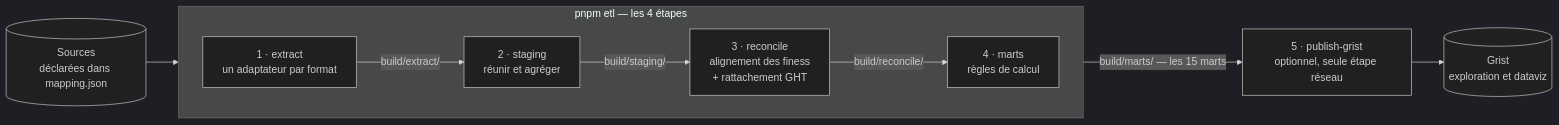
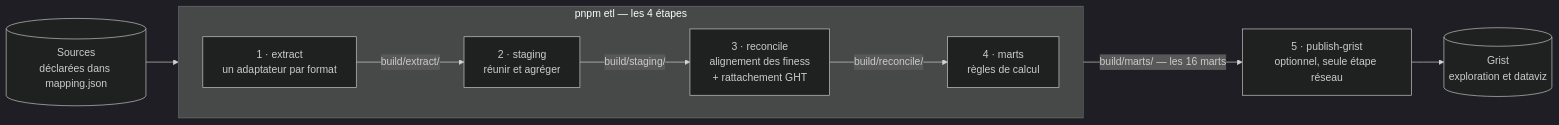
Before and after one commit to betagouv/transport-sanitaire: the diagram in apps/data-analyzer/README.md, drawn with Mermaid (dark theme). The commit also changed other lines of this file and 7 other files, not shown here.

````diff
--- a/apps/data-analyzer/README.md
+++ b/apps/data-analyzer/README.md
@@ -19,19 +19,19 @@
 ```mermaid
 flowchart LR
     SRC[("Sources<br/>déclarées dans mapping.json")]
 
     subgraph ETL["pnpm etl — les 4 étapes"]
         direction LR
         E["1 · extract<br/>un adaptateur par format"]
         S["2 · staging<br/>réunir et agréger"]
         R["3 · reconcile<br/>alignement des finess<br/>+ rattachement GHT"]
         M["4 · marts<br/>règles de calcul"]
         E -->|"build/extract/"| S -->|"build/staging/"| R -->|"build/reconcile/"| M
     end
 
     P["5 · publish-grist<br/>optionnel, seule étape réseau"]
     G[("Grist<br/>exploration et dataviz")]
 
     SRC --> E
-    M -->|"build/marts/ — les 15 marts"| P --> G
+    M -->|"build/marts/ — les 16 marts"| P --> G
 ```
````
